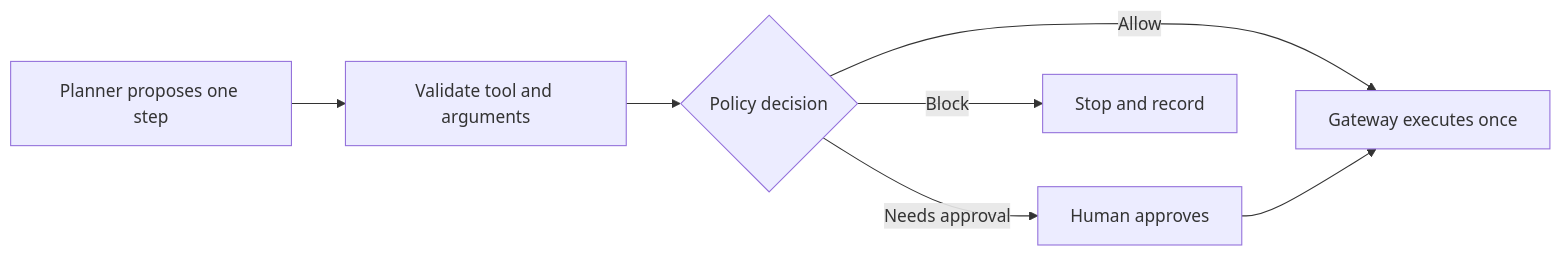
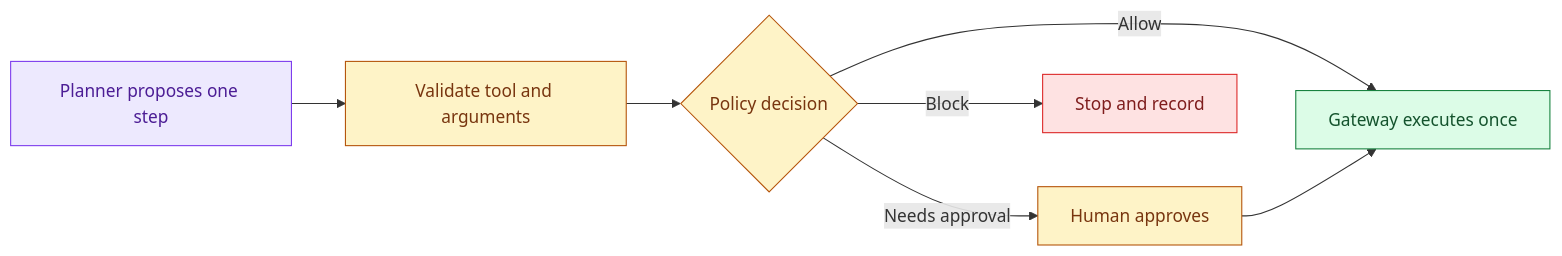
Before and after one commit to Sourav692/Forward-Deployed-Engineer-Interview-Prep: the diagram in site/case-pages/tool-using-agent-with-safety-controls/introduction.md, drawn with Mermaid. The commit also changed other lines of this file and 1268 other files, not shown here.

First line of the commit message:
content: polish Casebook writing and Mermaid diagrams (#251)

````diff
--- a/site/case-pages/tool-using-agent-with-safety-controls/introduction.md
+++ b/site/case-pages/tool-using-agent-with-safety-controls/introduction.md
@@ -15,9 +17,19 @@
 ```mermaid
 flowchart LR
   A[Planner proposes one step] --> B[Validate tool and arguments]
   B --> C{Policy decision}
   C -->|Allow| D[Gateway executes once]
   C -->|Needs approval| E[Human approves]
   E --> D
   C -->|Block| F[Stop and record]
+
+    %% Casebook colours: entry, reasoning, results, controls, and stopped paths.
+    classDef cbReason fill:#ede9fe,stroke:#7c3aed,color:#4c1d95
+    class A cbReason
+    classDef cbPolicy fill:#fef3c7,stroke:#b45309,color:#78350f
+    class B,C,E cbPolicy
+    classDef cbAction fill:#dcfce7,stroke:#15803d,color:#14532d
+    class D cbAction
+    classDef cbStop fill:#fee2e2,stroke:#dc2626,color:#7f1d1d
+    class F cbStop
 ```
````
